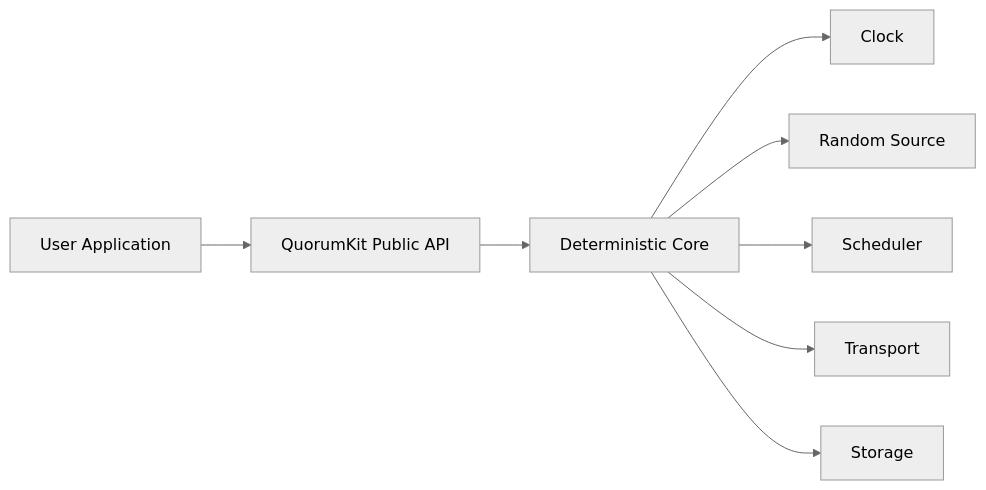
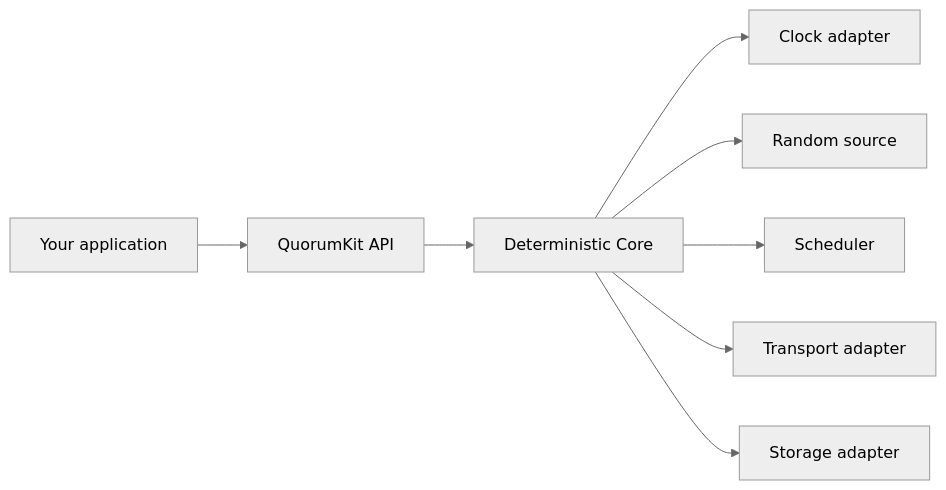
One commit to bringhurst/quorumkit changed the diagram in docs/explanation/runtime-and-execution-model.md. Above: the diagram before and after it, drawn with Mermaid (neutral theme). The commit also changed other lines of this file and 24 other files, not shown here.

````diff
--- a/docs/explanation/runtime-and-execution-model.md
+++ b/docs/explanation/runtime-and-execution-model.md
@@ -10,10 +12,10 @@
 ```mermaid
 flowchart LR
-    App[User Application] --> API[QuorumKit Public API]
+    App[Your application] --> API[QuorumKit API]
     API --> Core[Deterministic Core]
-    Core --> Clock[Clock]
-    Core --> Rand[Random Source]
+    Core --> Clock[Clock adapter]
+    Core --> Rand[Random source]
     Core --> Sched[Scheduler]
-    Core --> Net[Transport]
-    Core --> Store[Storage]
+    Core --> Net[Transport adapter]
+    Core --> Store[Storage adapter]
 ```
````
